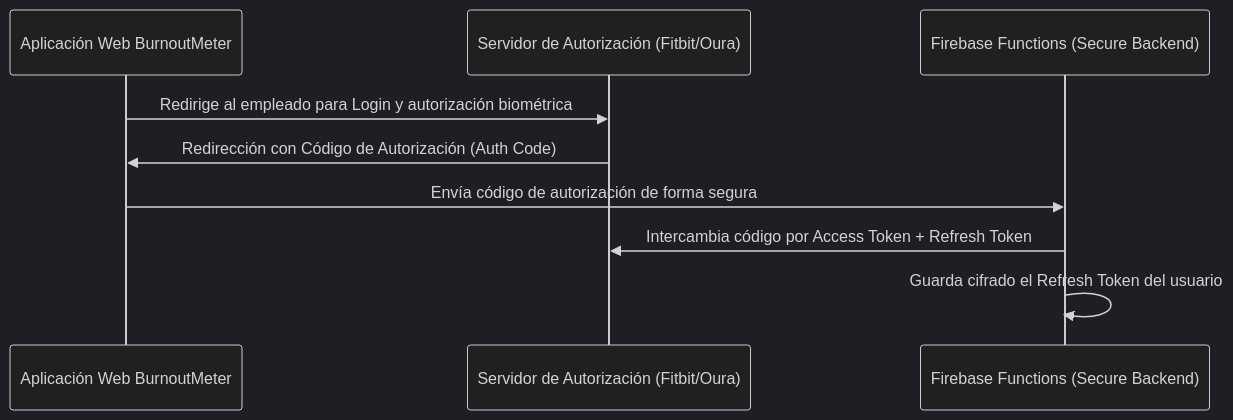
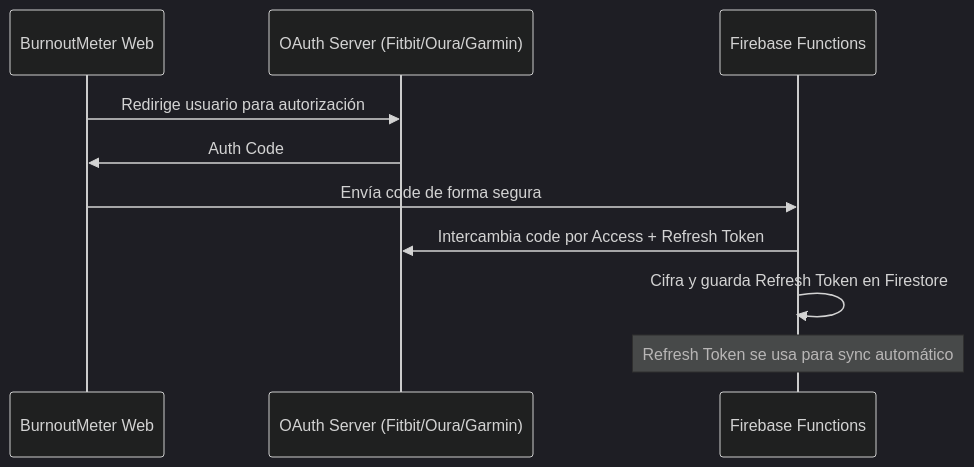
The second of 2 diagrams in docs/healthcare-integration.md (zepolnala/burnout_meter), drawn with Mermaid (dark theme) before and after one commit. The commit also changed other lines of this file and 14 other files, not shown here.

Commit message:
Fix GoRouter redirect timing in integration tests by adding explicit authState refresh listener at widget level and replacing pumpAndSettle with retry pump loops

````diff
--- a/docs/healthcare-integration.md
+++ b/docs/healthcare-integration.md
@@ -105,12 +145,13 @@
 ```mermaid
 sequenceDiagram
-    participant WebApp as Aplicación Web BurnoutMeter
-    participant AuthServ as Servidor de Autorización (Fitbit/Oura)
-    participant CloudFunc as Firebase Functions (Secure Backend)
+    participant WebApp as BurnoutMeter Web
+    participant AuthServ as OAuth Server (Fitbit/Oura/Garmin)
+    participant CloudFunc as Firebase Functions
     
-    WebApp->>AuthServ: Redirige al empleado para Login y autorización biométrica
-    AuthServ->>WebApp: Redirección con Código de Autorización (Auth Code)
-    WebApp->>CloudFunc: Envía código de autorización de forma segura
-    CloudFunc->>AuthServ: Intercambia código por Access Token + Refresh Token
-    CloudFunc->>CloudFunc: Guarda cifrado el Refresh Token del usuario
+    WebApp->>AuthServ: Redirige usuario para autorización
+    AuthServ->>WebApp: Auth Code
+    WebApp->>CloudFunc: Envía code de forma segura
+    CloudFunc->>AuthServ: Intercambia code por Access + Refresh Token
+    CloudFunc->>CloudFunc: Cifra y guarda Refresh Token en Firestore
+    Note over CloudFunc: Refresh Token se usa para sync automático
 ```
````
